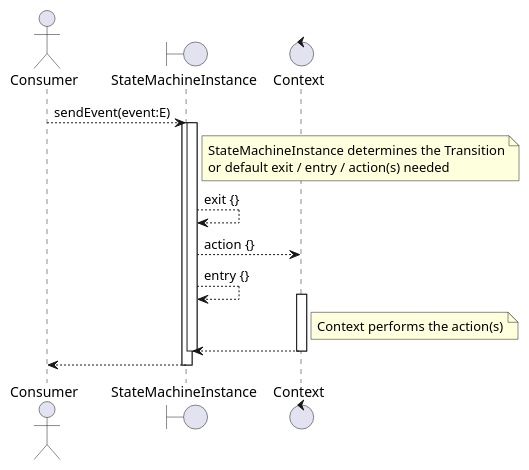
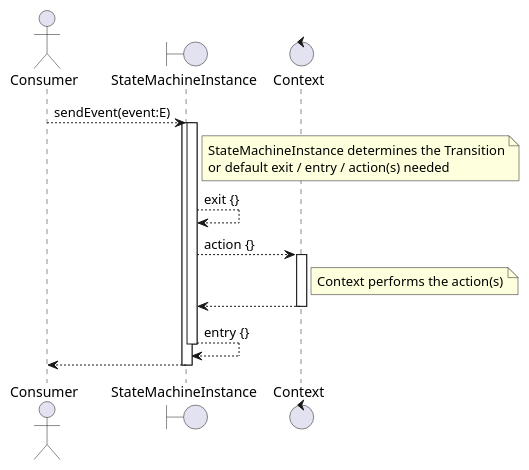
One commit to open-jumpco/kfsm changed the diagram in src/doc/plantuml/statemachine_sequence.plantuml. Above: the diagram before and after it, drawn with PlantUML. The commit also changed other lines of this file and 16 other files, not shown here.

```diff
--- a/src/doc/plantuml/statemachine_sequence.plantuml
+++ b/src/doc/plantuml/statemachine_sequence.plantuml
@@ -1,27 +1,27 @@
 @startuml
 
 actor Consumer
 boundary StateMachineInstance
 control Context
 
 Consumer ----> StateMachineInstance : sendEvent(event:E)
 
     activate StateMachineInstance
     note right of StateMachineInstance
         StateMachineInstance determines the Transition
         or default exit / entry / action(s) needed
     end note
     activate StateMachineInstance
     StateMachineInstance ----> StateMachineInstance : exit {}
     StateMachineInstance ----> Context : action {}
-    StateMachineInstance ----> StateMachineInstance : entry {}
     activate Context
     note right of Context
         Context performs the action(s)
     end note
     Context ---->  StateMachineInstance
     deactivate Context
+    StateMachineInstance ----> StateMachineInstance : entry {}
     deactivate StateMachineInstance
     return
 
 @enduml
```
